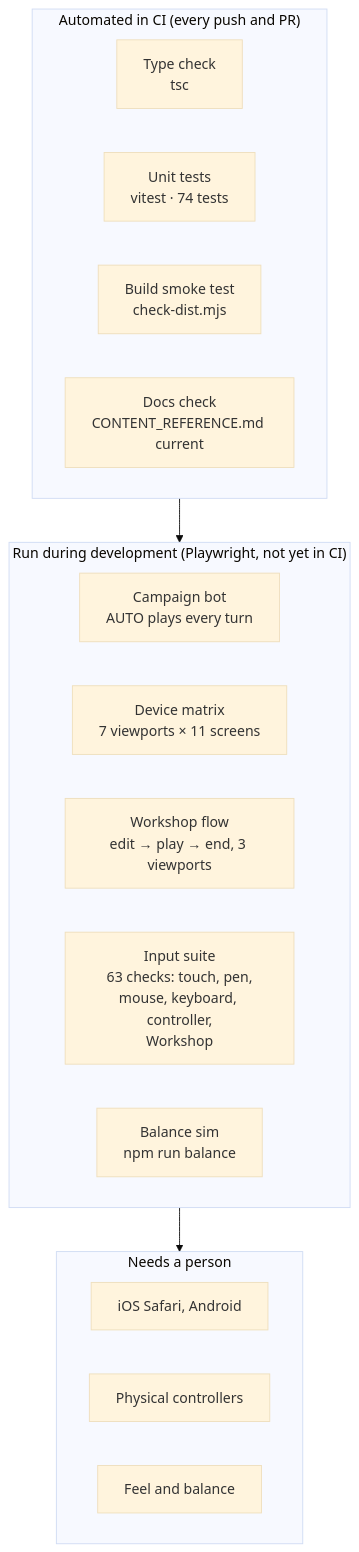
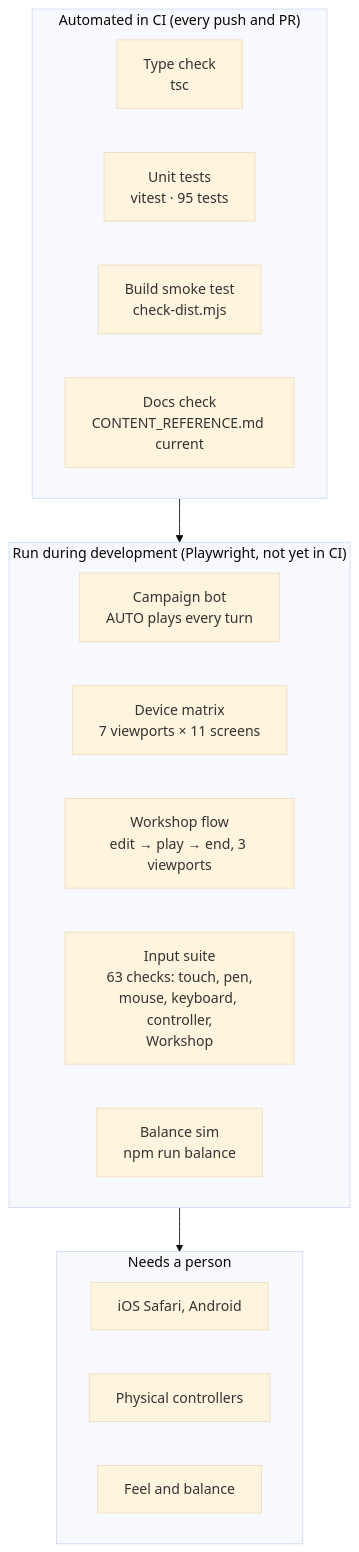
One commit to CptNope/Chess-RPG-Tactics changed the diagram in docs/TESTING.md. Above: the diagram before and after it, drawn with Mermaid (base theme). The commit also changed other lines of this file and 28 other files, not shown here.

````diff
--- a/docs/TESTING.md
+++ b/docs/TESTING.md
@@ -9,22 +9,22 @@
 ```mermaid
 flowchart TB
     subgraph Auto["Automated in CI (every push and PR)"]
         T1["Type check<br/>tsc"]
-        T2["Unit tests<br/>vitest · 74 tests"]
+        T2["Unit tests<br/>vitest · 95 tests"]
         T3["Build smoke test<br/>check-dist.mjs"]
         T4["Docs check<br/>CONTENT_REFERENCE.md current"]
     end
     subgraph Dev["Run during development (Playwright, not yet in CI)"]
         P1["Campaign bot<br/>AUTO plays every turn"]
         P2["Device matrix<br/>7 viewports × 11 screens"]
         P4["Workshop flow<br/>edit → play → end, 3 viewports"]
         P3["Input suite<br/>63 checks: touch, pen,<br/>mouse, keyboard, controller,<br/>Workshop"]
         P5["Balance sim<br/>npm run balance"]
     end
     subgraph Human["Needs a person"]
         H1["iOS Safari, Android"]
         H2["Physical controllers"]
         H3["Feel and balance"]
     end
     Auto --> Dev --> Human
 ```
````
